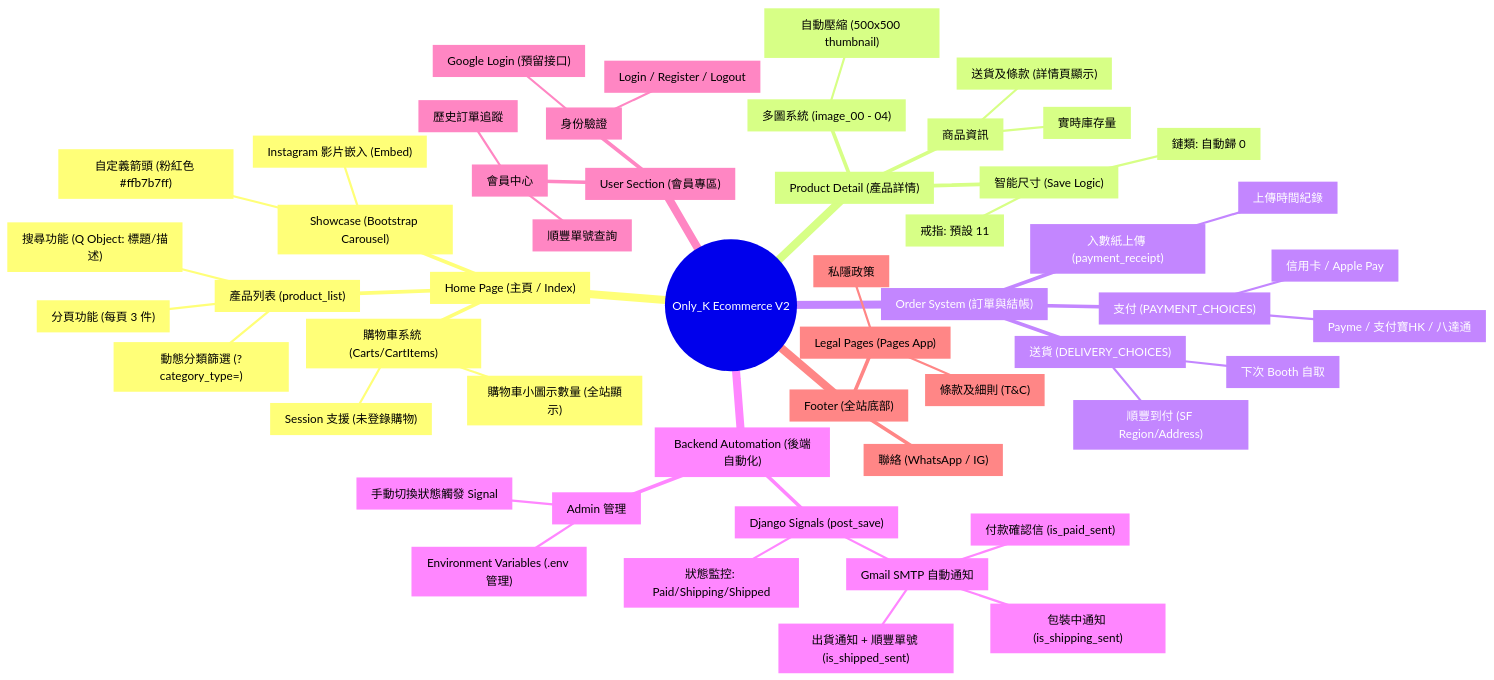
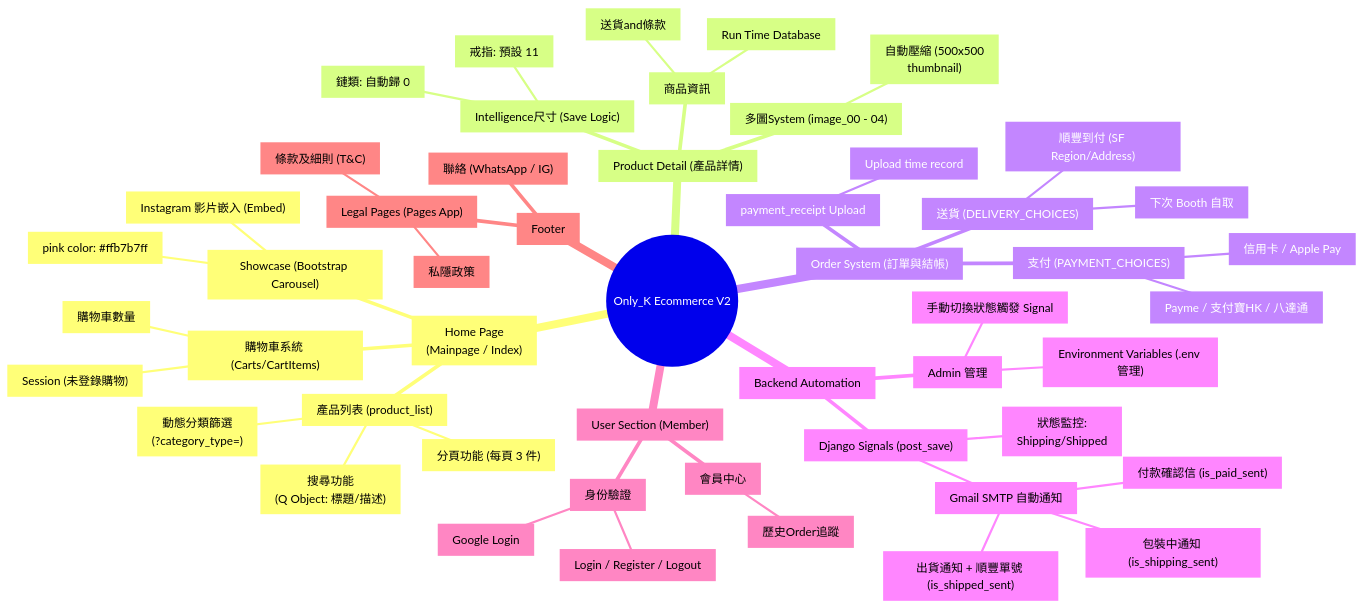
The first of 8 diagrams in python_django_project/UML_of_e-commerce.md (OscarLoOscar/django_ecommerce), drawn with Mermaid before and after one commit. The commit also changed other lines of this file, not shown here.

Commit message:
renew UML

````diff
--- a/python_django_project/UML_of_e-commerce.md
+++ b/python_django_project/UML_of_e-commerce.md
@@ -1,60 +1,59 @@
 ```mermaid
 mindmap
   root((Only_K Ecommerce V2))
-    Home_Page["Home Page (主頁 / Index)"]
+    Home_Page["Home Page <br/>(Mainpage / Index)"]
         Showcase["Showcase (Bootstrap Carousel)"]
-            Custom_Arrows["自定義箭頭 (粉紅色 #ffb7b7ff)"]
+            Custom_Arrows["pink color: #ffb7b7ff"]
             IG_Video["Instagram 影片嵌入 (Embed)"]
         Product_Listing["產品列表 (product_list)"]
-            Filter_Logic["動態分類篩選 (?category_type=)"]
-            Search_Q["搜尋功能 (Q Object: 標題/描述)"]
+            Filter_Logic["動態分類篩選 <br/>(?category_type=)"]
+            Search_Q["搜尋功能 <br/>(Q Object: 標題/描述)"]
             Paginator["分頁功能 (每頁 3 件)"]
         Cart_Logic["購物車系統 (Carts/CartItems)"]
-            Session_Support["Session 支援 (未登錄購物)"]
-            Context_Processor["購物車小圖示數量 (全站顯示)"]
+            Session_Support["Session (未登錄購物)"]
+            Context_Processor["購物車數量"]
 
     Product_Detail["Product Detail (產品詳情)"]
-        Image_System["多圖系統 (image_00 - 04)"]
-            Pillow_Resize["自動壓縮 (500x500 thumbnail)"]
-        Smart_Size["智能尺寸 (Save Logic)"]
+        Image_System["多圖System (image_00 - 04)"]
+            Pillow_Resize["自動壓縮 (500x500 <br/>thumbnail)"]
+        Smart_Size["Intelligence尺寸 (Save Logic)"]
             Ring_Size["戒指: 預設 11"]
             Chain_Size["鏈類: 自動歸 0"]
         Status_Info["商品資訊"]
-            Stock_Count["實時庫存量"]
-            Policy_Info["送貨及條款 (詳情頁顯示)"]
+            Stock_Count["Run Time Database"]
+            Policy_Info["送貨and條款"]
 
     Checkout_Order["Order System (訂單與結帳)"]
         Delivery_Methods["送貨 (DELIVERY_CHOICES)"]
             Booth["下次 Booth 自取"]
             SF_Express["順豐到付 (SF Region/Address)"]
         Payment_Gateways["支付 (PAYMENT_CHOICES)"]
             Local_Pay["Payme / 支付寶HK / 八達通"]
             Credit_Mobile["信用卡 / Apple Pay"]
-        Proof_Upload["入數紙上傳 (payment_receipt)"]
-            Timestamp["上傳時間紀錄"]
+        Proof_Upload[" payment_receipt Upload"]
+            Timestamp["Upload time record"]
 
-    Backend_Automation["Backend Automation (後端自動化)"]
+    Backend_Automation["Backend Automation"]
         Signals["Django Signals (post_save)"]
-            Status_Monitor["狀態監控: Paid/Shipping/Shipped"]
+            Status_Monitor["狀態監控: <br/>Shipping/Shipped"]
             Email_System["Gmail SMTP 自動通知"]
                 Template_A["付款確認信 (is_paid_sent)"]
                 Template_B["包裝中通知 (is_shipping_sent)"]
                 Template_C["出貨通知 + 順豐單號 (is_shipped_sent)"]
         Admin_Management["Admin 管理"]
             Status_Control["手動切換狀態觸發 Signal"]
             Security["Environment Variables (.env 管理)"]
 
-    User_Section["User Section (會員專區)"]
+    User_Section["User Section (Member)"]
         Auth["身份驗證"]
             Standard["Login / Register / Logout"]
-            Social["Google Login (預留接口)"]
+            Social["Google Login"]
         Dashboard["會員中心"]
-            Order_History["歷史訂單追蹤"]
-            Tracking_Info["順豐單號查詢"]
+            Order_History["歷史Order追蹤"]
 
-    Footer_Info["Footer (全站底部)"]
+    Footer_Info["Footer"]
         Contact["聯絡 (WhatsApp / IG)"]
         Legal["Legal Pages (Pages App)"]
             Terms["條款及細則 (T&C)"]
             Privacy["私隱政策"]
 ```
````
